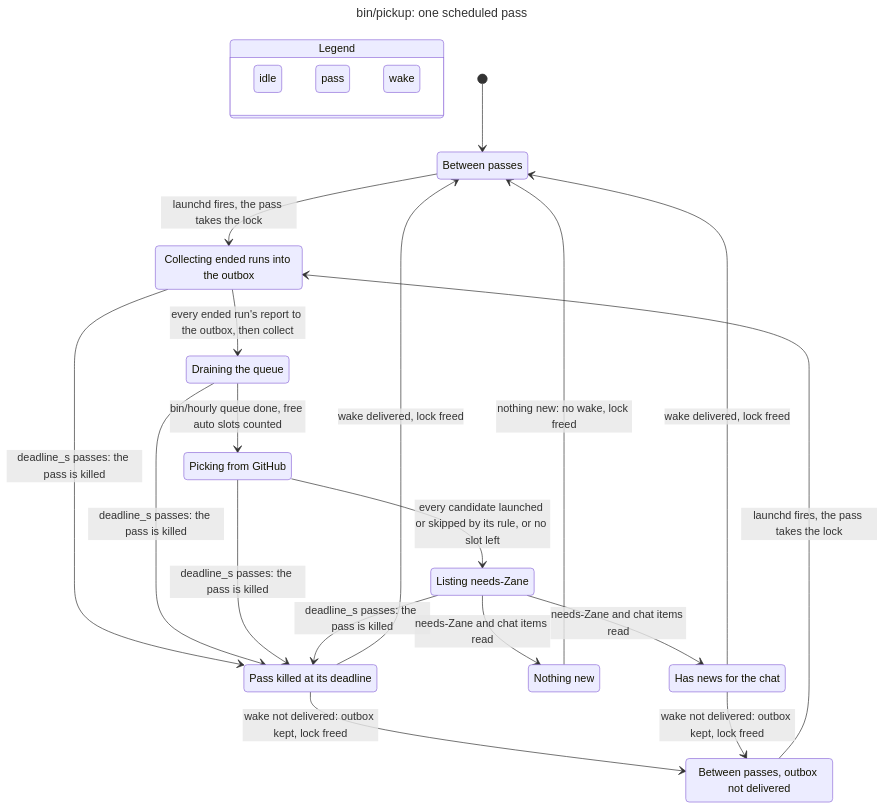
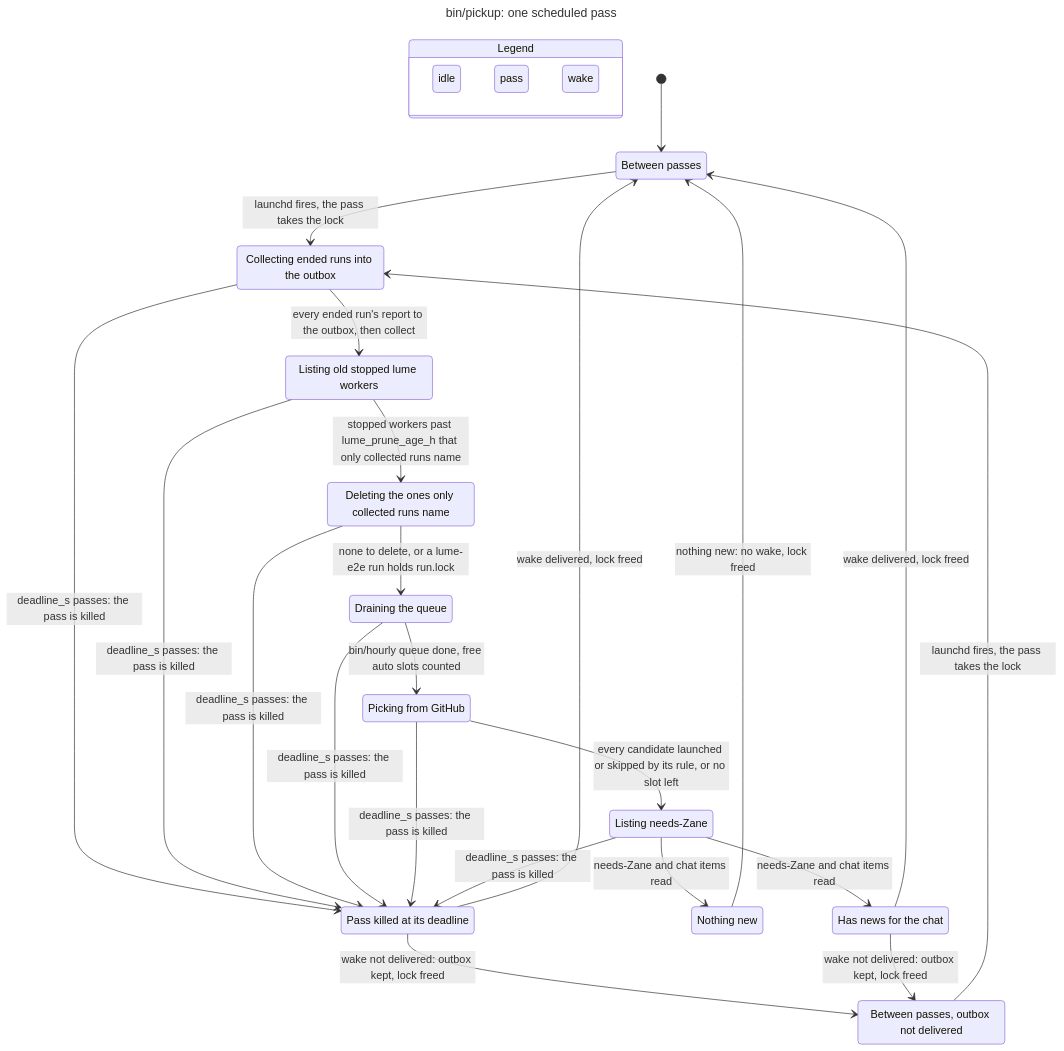
Before and after one commit to injaneity/zstack: the diagram in model/Pickup.mmd, drawn with Mermaid. The commit also changed 14 other files, not shown here.

First line of the commit message:
fix(pickup): prune old stopped cua-e2e lume workers on every pass (#105)

```diff
--- a/model/Pickup.mmd
+++ b/model/Pickup.mmd
@@ -1,47 +1,55 @@
 ---
 title: "bin/pickup: one scheduled pass"
 ---
 stateDiagram-v2
   state "Legend" as legend {
     lg0: idle
     lg1: pass
     lg2: wake
   }
   class lg0 blue
   class lg1 teal
   class lg2 yellow
   s0: Between passes
   s1: Collecting ended runs into the outbox
   s2: Pass killed at its deadline
-  s3: Draining the queue
-  s4: Picking from GitHub
+  s3: Listing old stopped lume workers
+  s4: Deleting the ones only collected runs name
   s5: Between passes, outbox not delivered
-  s6: Listing needs-Zane
-  s7: Nothing new
-  s8: Has news for the chat
+  s6: Draining the queue
+  s7: Picking from GitHub
+  s8: Listing needs-Zane
+  s9: Nothing new
+  s10: Has news for the chat
   [*] --> s0
   s0 --> s1: launchd fires, the pass takes the lock
   s1 --> s2: deadline_s passes: the pass is killed
   s1 --> s3: every ended run's report to the outbox, then collect
-  s3 --> s4: bin/hourly queue done, free auto slots counted
+  s3 --> s4: stopped workers past lume_prune_age_h that only collected runs name
   s3 --> s2: deadline_s passes: the pass is killed
   s2 --> s0: wake delivered, lock freed
   s2 --> s5: wake not delivered: outbox kept, lock freed
   s4 --> s2: deadline_s passes: the pass is killed
-  s4 --> s6: every candidate launched or skipped by its rule, or no slot left
+  s4 --> s6: none to delete, or a lume-e2e run holds run.lock
+  s6 --> s2: deadline_s passes: the pass is killed
+  s6 --> s7: bin/hourly queue done, free auto slots counted
   s5 --> s1: launchd fires, the pass takes the lock
-  s6 --> s2: deadline_s passes: the pass is killed
-  s6 --> s7: needs-Zane and chat items read
-  s7 --> s0: nothing new: no wake, lock freed
-  s6 --> s8: needs-Zane and chat items read
-  s8 --> s0: wake delivered, lock freed
-  s8 --> s5: wake not delivered: outbox kept, lock freed
+  s7 --> s2: deadline_s passes: the pass is killed
+  s7 --> s8: every candidate launched or skipped by its rule, or no slot left
+  s8 --> s2: deadline_s passes: the pass is killed
+  s8 --> s9: needs-Zane and chat items read
+  s9 --> s0: nothing new: no wake, lock freed
+  s8 --> s10: needs-Zane and chat items read
+  s10 --> s0: wake delivered, lock freed
+  s10 --> s5: wake not delivered: outbox kept, lock freed
   class s0 blue
   class s1 teal
   class s2 yellow
   class s3 teal
   class s4 teal
   class s5 blue
   class s6 teal
-  class s7 yellow
-  class s8 yellow
+  class s7 teal
+  class s8 teal
+  class s9 yellow
+  class s10 yellow
```
